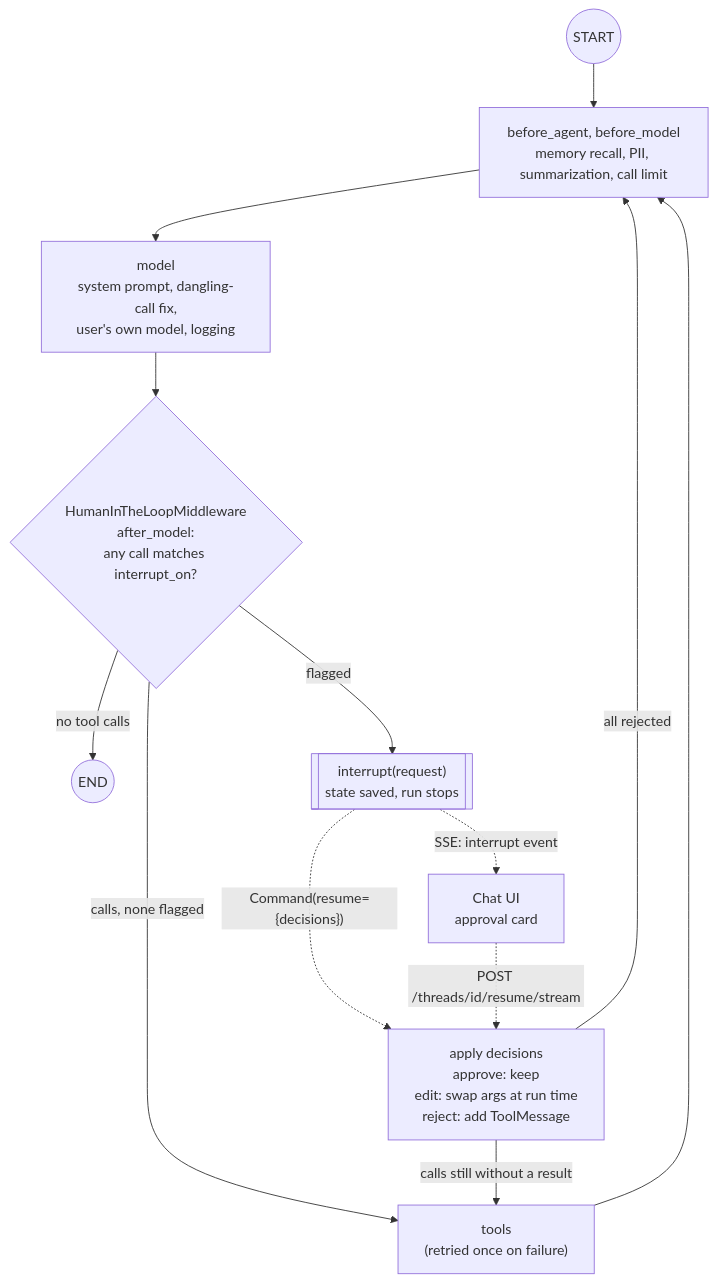
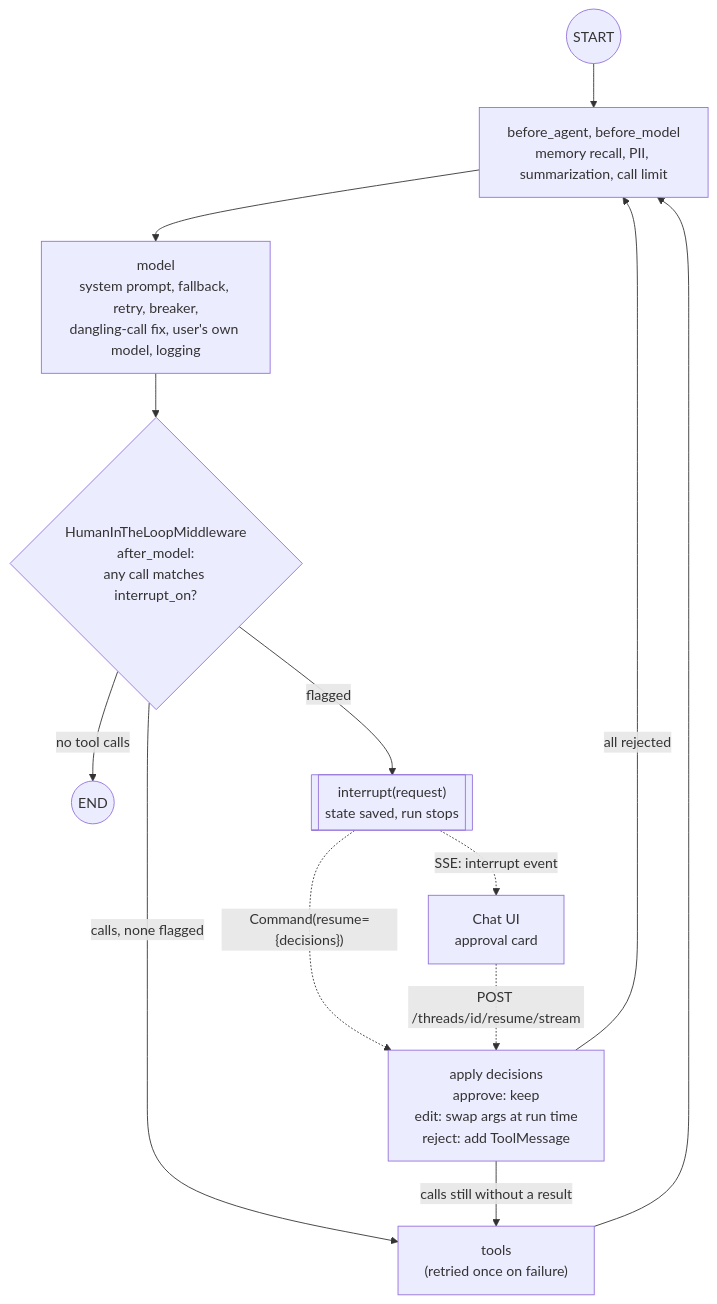
The second of 4 diagrams in docs/phase-4-human-in-the-loop.md (Anirudh1905/agentic-ai-chatbot), drawn with Mermaid before and after one commit. The commit also changed other lines of this file and 23 other files, not shown here.

````diff
--- a/docs/phase-4-human-in-the-loop.md
+++ b/docs/phase-4-human-in-the-loop.md
@@ -82,16 +82,16 @@
 ```mermaid
 flowchart TB
     START((START)) --> Before["before_agent, before_model<br/>memory recall, PII, summarization, call limit"]
-    Before --> Model["model<br/>system prompt, dangling-call fix,<br/>user's own model, logging"]
+    Before --> Model["model<br/>system prompt, fallback, retry, breaker,<br/>dangling-call fix, user's own model, logging"]
     Model --> HITL{"HumanInTheLoopMiddleware<br/>after_model:<br/>any call matches interrupt_on?"}
     HITL -->|no tool calls| END((END))
     HITL -->|"calls, none flagged"| Tools["tools<br/>(retried once on failure)"]
     HITL -->|flagged| Int[["interrupt(request)<br/>state saved, run stops"]]
     Int -.->|"Command(resume={decisions})"| Apply["apply decisions<br/>approve: keep<br/>edit: swap args at run time<br/>reject: add ToolMessage"]
     Apply -->|calls still without a result| Tools
     Apply -->|all rejected| Before
     Tools --> Before
 
     Int -.SSE: interrupt event.-> UI[Chat UI<br/>approval card]
     UI -.POST /threads/id/resume/stream.-> Apply
 ```
````
